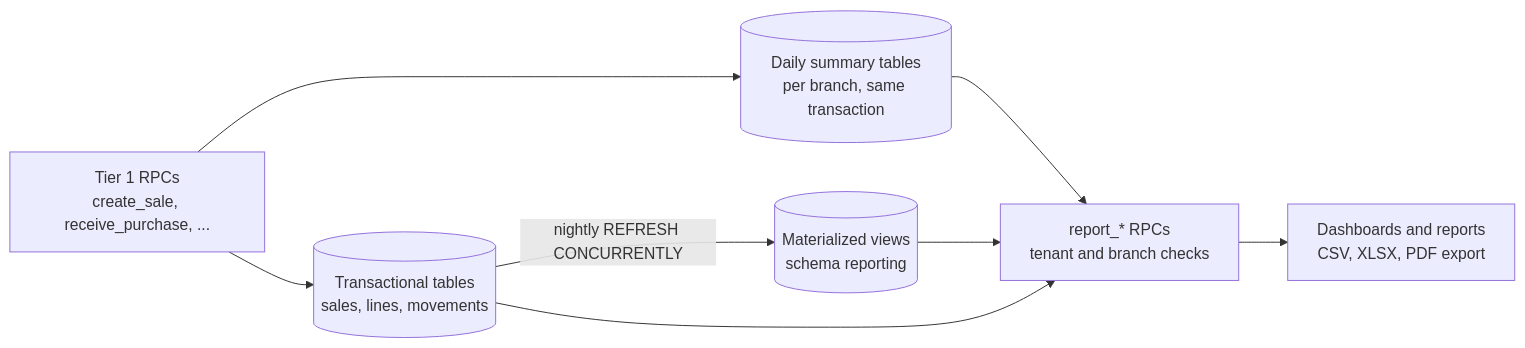
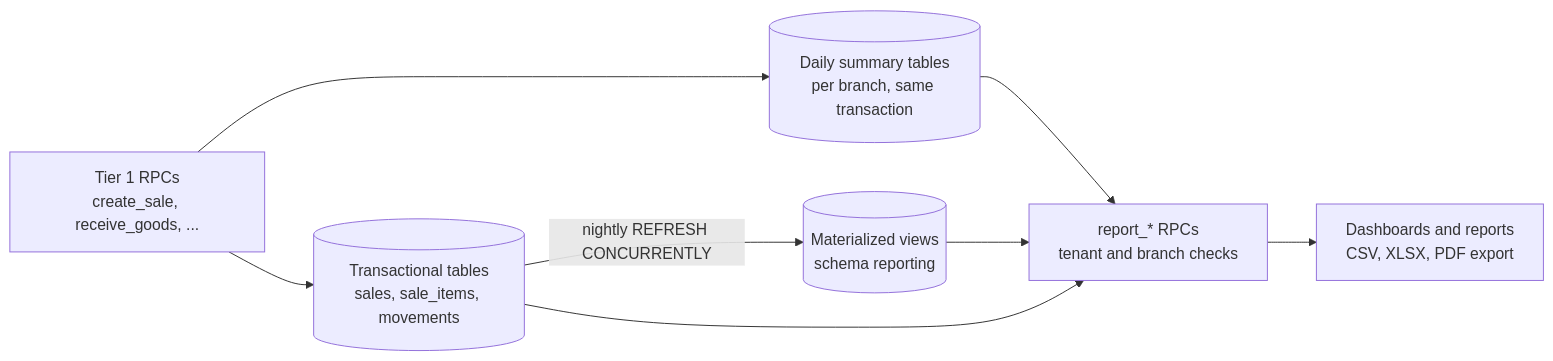
One commit to msasomrat/Pharmacy_Inventory changed the fifth of 15 diagrams in docs/architecture/architecture.md. Above: the diagram before and after it, drawn with Mermaid. The commit also changed other lines of this file and 20 other files, not shown here.

````diff
--- a/docs/architecture/architecture.md
+++ b/docs/architecture/architecture.md
@@ -989,17 +1039,17 @@
 ```mermaid
 flowchart LR
-  rpc["Tier 1 RPCs<br/>create_sale, receive_purchase, ..."]
-  oltp[("Transactional tables<br/>sales, lines, movements")]
+  rpc["Tier 1 RPCs<br/>create_sale, receive_goods, ..."]
+  oltp[("Transactional tables<br/>sales, sale_items, movements")]
   daily[("Daily summary tables<br/>per branch, same transaction")]
   mv[("Materialized views<br/>schema reporting")]
   reports["report_* RPCs<br/>tenant and branch checks"]
   ui["Dashboards and reports<br/>CSV, XLSX, PDF export"]
 
   rpc --> oltp
   rpc --> daily
   oltp -->|"nightly REFRESH CONCURRENTLY"| mv
   daily --> reports
   mv --> reports
   oltp --> reports
   reports --> ui
 ```
````
